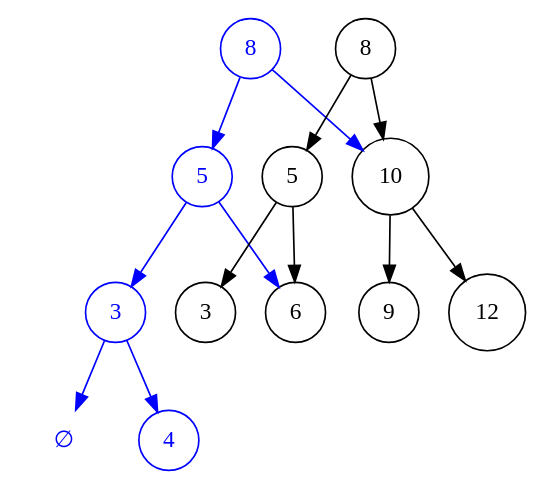
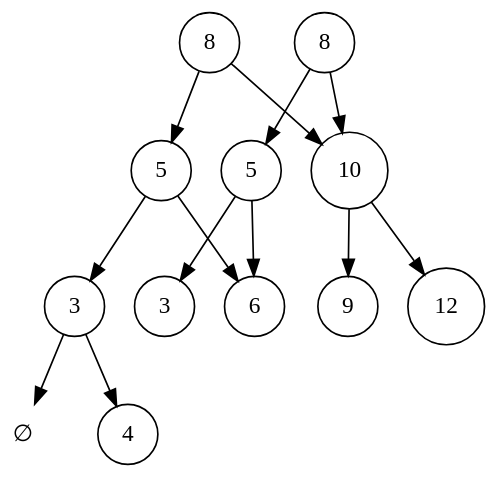
The diagram in src/hakyll/images/binary-search-trees/insert4.dot (nrinaudo/nrinaudo.github.com), drawn with Graphviz before and after one commit. The commit also changed 6 other files, not shown here.

```diff
--- a/src/hakyll/images/binary-search-trees/insert4.dot
+++ b/src/hakyll/images/binary-search-trees/insert4.dot
@@ -1,28 +1,29 @@
 digraph simple {
+    bgcolor="transparent"
     node  [shape=circle]
     graph [ordering=out]
 
-    b8 [label="8" color=blue fontcolor=blue]
-    b5 [label="5" color=blue fontcolor=blue]
-    b3 [label="3" color=blue fontcolor=blue]
-    4 [color=blue fontcolor=blue]
-    na [label="∅" shape=none fontcolor=blue]
+    b8 [label="8" nodetype=marked]
+    b5 [label="5" nodetype=marked]
+    b3 [label="3" nodetype=marked]
+    4  [nodetype=marked]
+    na [label="∅" shape=none nodetype=marked]
 
-    b8 -> b5 [color=blue]
-    b8 -> 10 [color=blue]
+    b8 -> b5 [edgetype=marked]
+    b8 -> 10 [edgetype=marked]
 
     8 -> 5
     8 -> 10
 
-    b5 -> b3 [color=blue]
-    b5 -> 6  [color=blue]
+    b5 -> b3 [edgetype=marked]
+    b5 -> 6  [edgetype=marked]
 
     5 -> 3
     5 -> 6
 
-    b3 -> na [color=blue]
-    b3 -> 4  [color=blue]
+    b3 -> na [edgetype=marked]
+    b3 -> 4  [edgetype=marked]
 
     10 -> 9
     10 -> 12
 }
```
